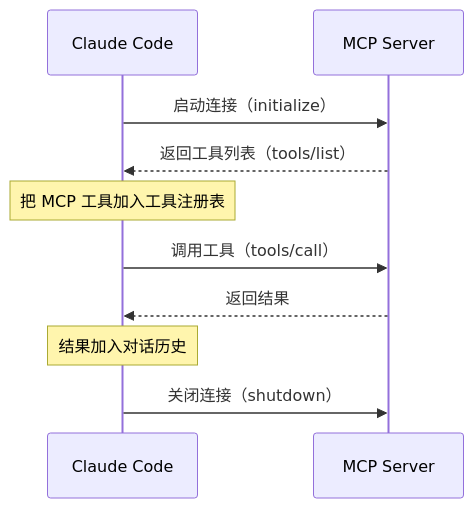
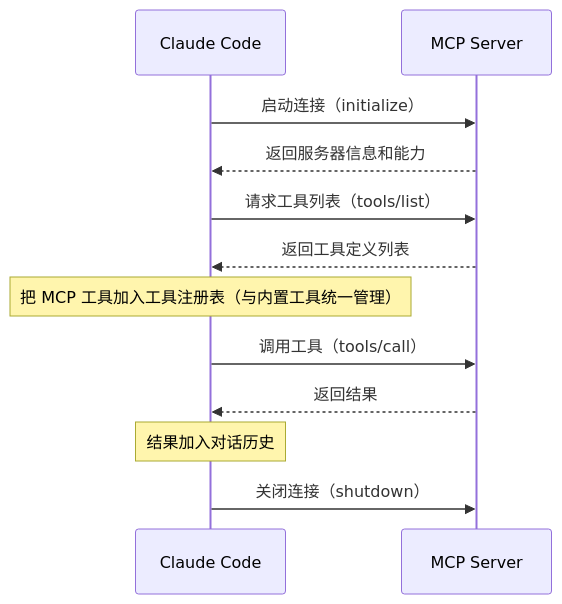
One commit to OpenDemon/claude-code-school changed the second of 2 diagrams in docs/08-mcp-integration.md. Above: the diagram before and after it, drawn with Mermaid. The commit also changed other lines of this file and 14 other files, not shown here.

````diff
--- a/docs/08-mcp-integration.md
+++ b/docs/08-mcp-integration.md
@@ -65,15 +69,17 @@
 ```mermaid
 sequenceDiagram
     participant CC as Claude Code
     participant MCP as MCP Server
 
     CC->>MCP: 启动连接（initialize）
-    MCP-->>CC: 返回工具列表（tools/list）
-    Note over CC: 把 MCP 工具加入工具注册表
+    MCP-->>CC: 返回服务器信息和能力
+    CC->>MCP: 请求工具列表（tools/list）
+    MCP-->>CC: 返回工具定义列表
+    Note over CC: 把 MCP 工具加入工具注册表（与内置工具统一管理）
 
     CC->>MCP: 调用工具（tools/call）
     MCP-->>CC: 返回结果
     Note over CC: 结果加入对话历史
 
     CC->>MCP: 关闭连接（shutdown）
 ```
````
